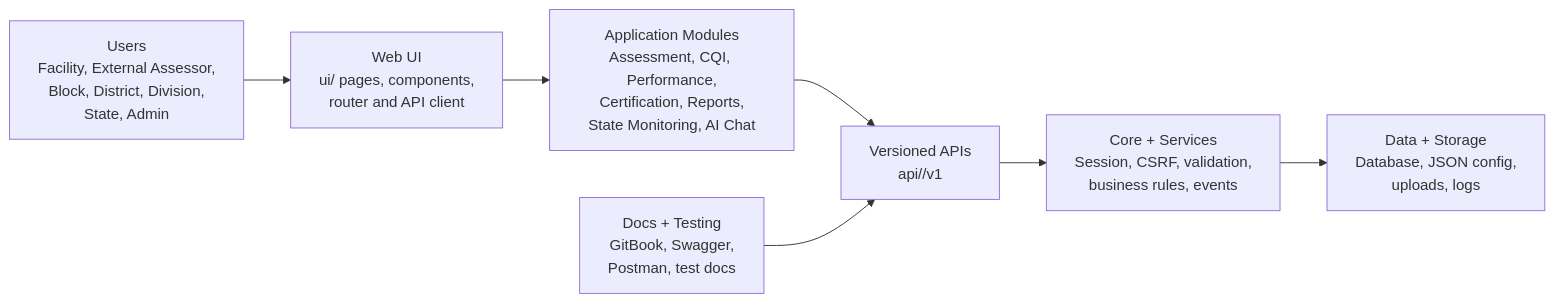
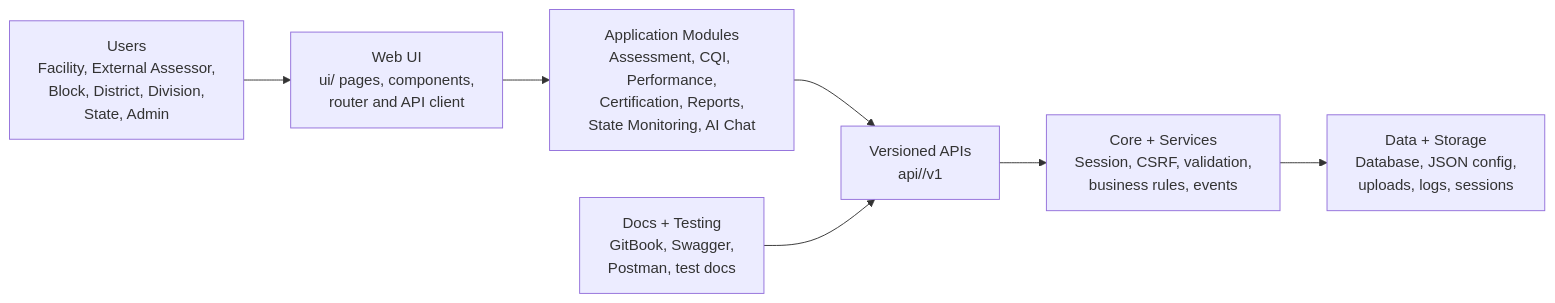
Before and after one commit to PSMRI/saQshi_open_source: the first of 10 diagrams in docs/architecture/technical_architecture.md, drawn with Mermaid. The commit also changed other lines of this file and 103 other files, not shown here.

````diff
--- a/docs/architecture/technical_architecture.md
+++ b/docs/architecture/technical_architecture.md
@@ -36,17 +36,17 @@
 ```mermaid
 flowchart LR
     Users["Users<br/>Facility, External Assessor,<br/>Block, District, Division,<br/>State, Admin"]
     UI["Web UI<br/>ui/ pages, components,<br/>router and API client"]
     Modules["Application Modules<br/>Assessment, CQI, Performance,<br/>Certification, Reports,<br/>State Monitoring, AI Chat"]
     API["Versioned APIs<br/>api/<module>/v1"]
     Core["Core + Services<br/>Session, CSRF, validation,<br/>business rules, events"]
-    Data["Data + Storage<br/>Database, JSON config,<br/>uploads, logs"]
+    Data["Data + Storage<br/>Database, JSON config,<br/>uploads, logs, sessions"]
     Docs["Docs + Testing<br/>GitBook, Swagger,<br/>Postman, test docs"]
 
     Users --> UI
     UI --> Modules
     Modules --> API
     API --> Core
     Core --> Data
     Docs --> API
 ```
````
